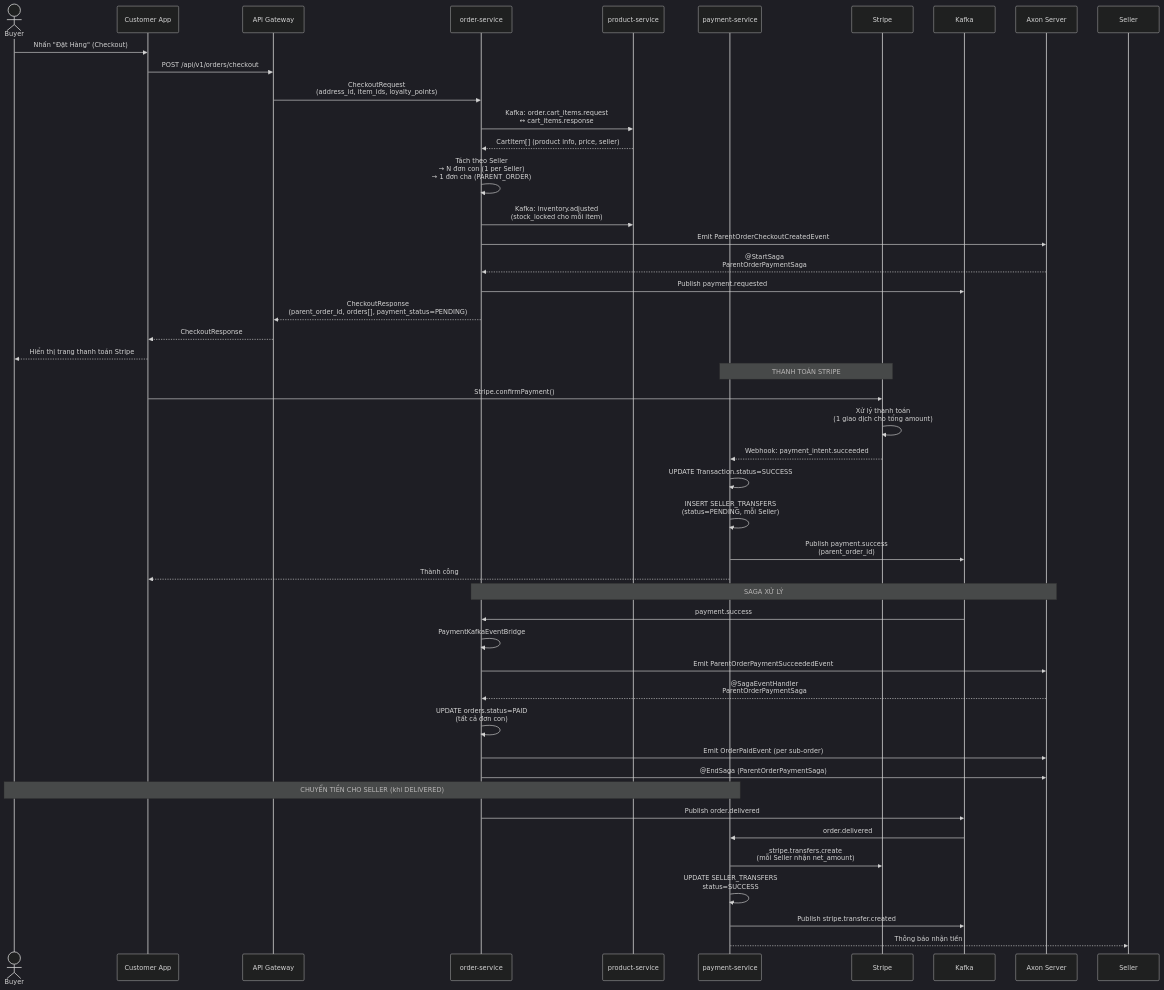
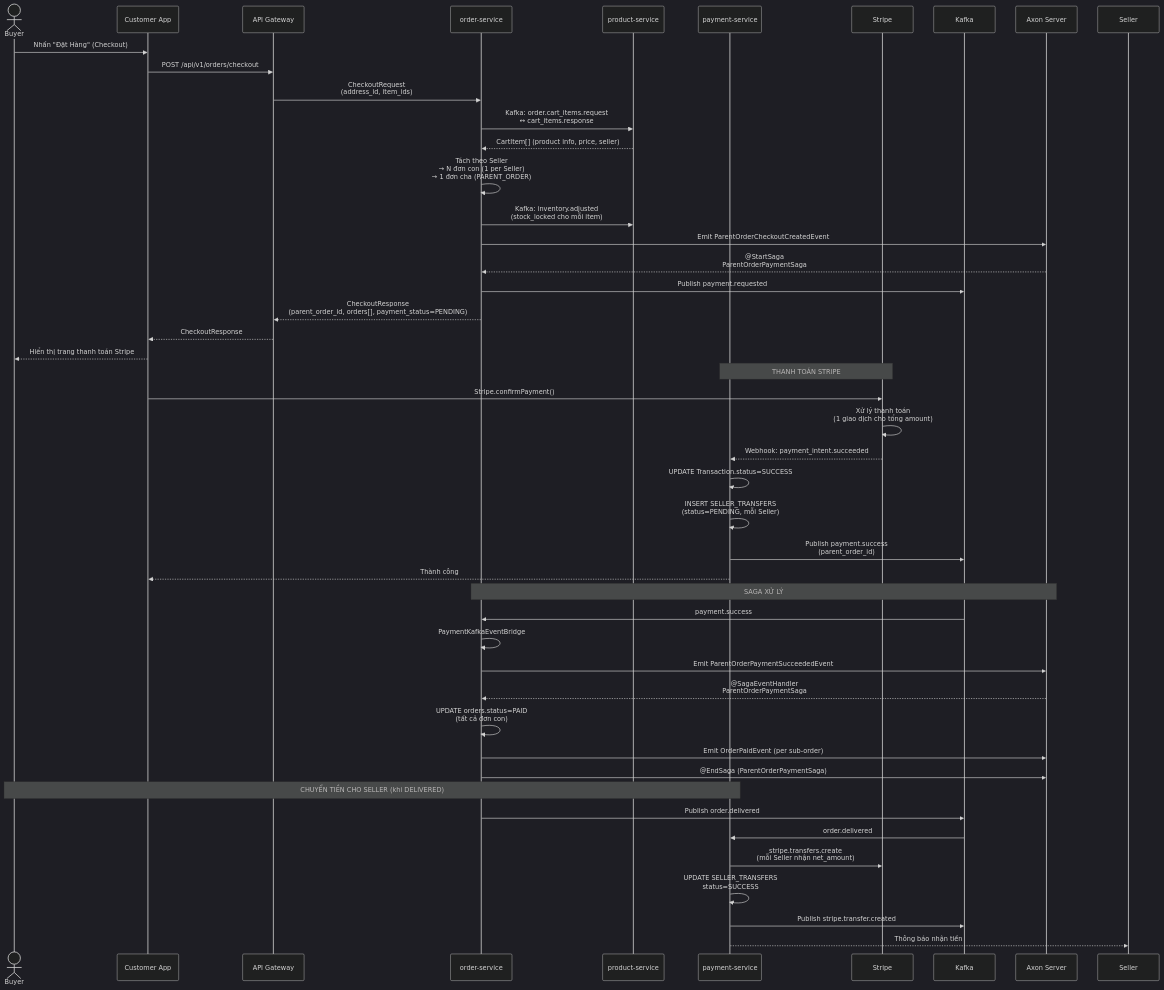
Before and after one commit to ldqanh1408/stealing-from-paradise: the ninth of 18 diagrams in docs/07_BUSINESS_FLOWS.md, drawn with Mermaid (dark theme). The commit also changed other lines of this file and 52 other files, not shown here.

````diff
--- a/docs/07_BUSINESS_FLOWS.md
+++ b/docs/07_BUSINESS_FLOWS.md
@@ -310,52 +302,52 @@
 ```mermaid
 sequenceDiagram
     actor Buyer
     participant FE as Customer App
     participant GW as API Gateway
     participant ORD as order-service
     participant PRD as product-service
     participant PAY as payment-service
     participant STR as Stripe
     participant KFK as Kafka
     participant AXN as Axon Server
 
     Buyer->>FE: Nhấn "Đặt Hàng" (Checkout)
     FE->>GW: POST /api/v1/orders/checkout
-    GW->>ORD: CheckoutRequest<br>(address_id, item_ids, loyalty_points)
+    GW->>ORD: CheckoutRequest<br>(address_id, item_ids)
     ORD->>PRD: Kafka: order.cart_items.request<br>↔ cart_items.response
     PRD-->>ORD: CartItem[] (product info, price, seller)
     ORD->>ORD: Tách theo Seller<br>→ N đơn con (1 per Seller)<br>→ 1 đơn cha (PARENT_ORDER)
     ORD->>PRD: Kafka: inventory.adjusted<br>(stock_locked cho mỗi item)
     ORD->>AXN: Emit ParentOrderCheckoutCreatedEvent
     AXN-->>ORD: @StartSaga<br>ParentOrderPaymentSaga
     ORD->>KFK: Publish payment.requested
     ORD-->>GW: CheckoutResponse<br>(parent_order_id, orders[], payment_status=PENDING)
     GW-->>FE: CheckoutResponse
     FE-->>Buyer: Hiển thị trang thanh toán Stripe
 
     Note over PAY,STR: THANH TOÁN STRIPE
     FE->>STR: Stripe.confirmPayment()
     STR->>STR: Xử lý thanh toán<br>(1 giao dịch cho tổng amount)
     STR-->>PAY: Webhook: payment_intent.succeeded
     PAY->>PAY: UPDATE Transaction.status=SUCCESS
     PAY->>PAY: INSERT SELLER_TRANSFERS<br>(status=PENDING, mỗi Seller)
     PAY->>KFK: Publish payment.success<br>(parent_order_id)
     PAY-->>FE: Thành công
 
     Note over ORD,AXN: SAGA XỬ LÝ
     KFK->>ORD: payment.success
     ORD->>ORD: PaymentKafkaEventBridge
     ORD->>AXN: Emit ParentOrderPaymentSucceededEvent
     AXN-->>ORD: @SagaEventHandler<br>ParentOrderPaymentSaga
     ORD->>ORD: UPDATE orders.status=PAID<br>(tất cả đơn con)
     ORD->>AXN: Emit OrderPaidEvent (per sub-order)
     ORD->>AXN: @EndSaga (ParentOrderPaymentSaga)
 
     Note over Buyer,PAY: CHUYỂN TIỀN CHO SELLER (khi DELIVERED)
     ORD->>KFK: Publish order.delivered
     KFK->>PAY: order.delivered
     PAY->>STR: stripe.transfers.create<br>(mỗi Seller nhận net_amount)
     PAY->>PAY: UPDATE SELLER_TRANSFERS<br>status=SUCCESS
     PAY->>KFK: Publish stripe.transfer.created
     PAY-->>Seller: Thông báo nhận tiền
 ```
````
